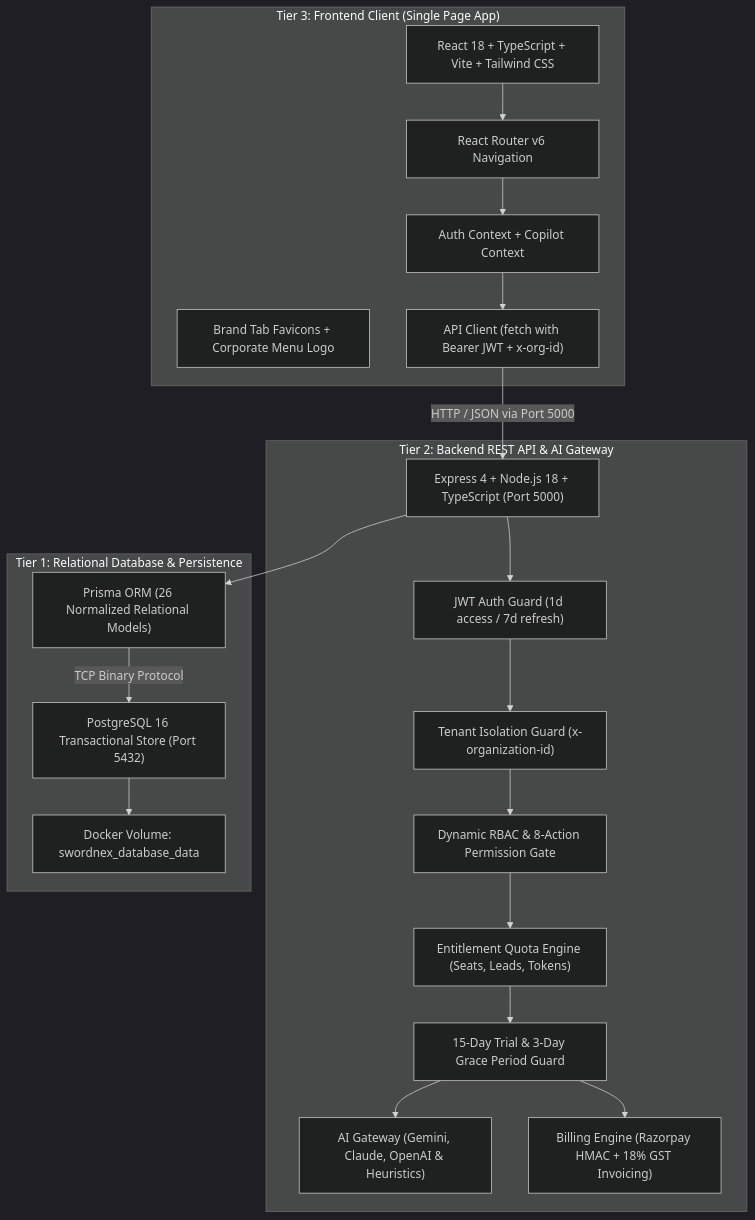
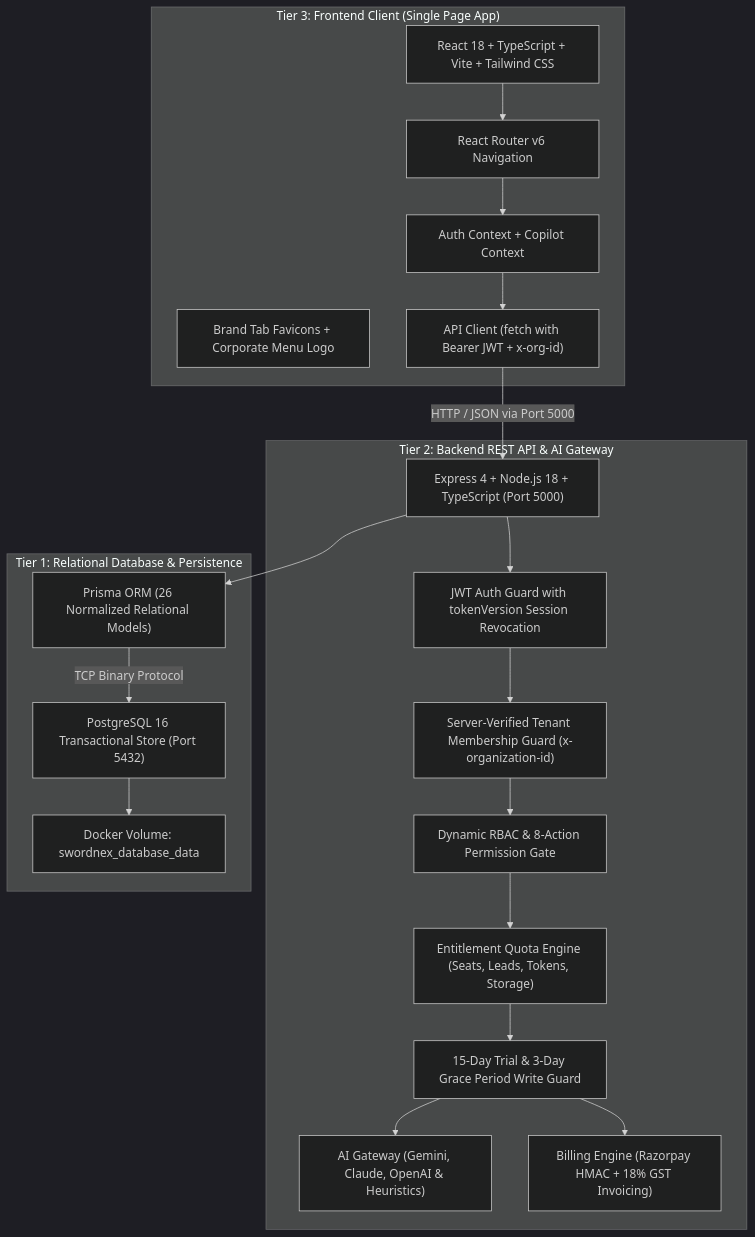
Before and after one commit to kajanajbudeen/SwordNex-CRM-: the first of 2 diagrams in docs/overall-system-documentation.md, drawn with Mermaid (dark theme). The commit also changed other lines of this file and 21 other files, not shown here.

````diff
--- a/docs/overall-system-documentation.md
+++ b/docs/overall-system-documentation.md
@@ -28,42 +31,42 @@
 ```mermaid
 graph TD
     subgraph Tier_3_Frontend ["Tier 3: Frontend Client (Single Page App)"]
         UI["React 18 + TypeScript + Vite + Tailwind CSS"]
         Router["React Router v6 Navigation"]
         State["Auth Context + Copilot Context"]
         Assets["Brand Tab Favicons + Corporate Menu Logo"]
         APIClient["API Client (fetch with Bearer JWT + x-org-id)"]
     end
 
     subgraph Tier_2_Backend ["Tier 2: Backend REST API & AI Gateway"]
         Server["Express 4 + Node.js 18 + TypeScript (Port 5000)"]
-        AuthMid["JWT Auth Guard (1d access / 7d refresh)"]
-        TenantMid["Tenant Isolation Guard (x-organization-id)"]
+        AuthMid["JWT Auth Guard with tokenVersion Session Revocation"]
+        TenantMid["Server-Verified Tenant Membership Guard (x-organization-id)"]
         RBACMid["Dynamic RBAC & 8-Action Permission Gate"]
-        EntitleMid["Entitlement Quota Engine (Seats, Leads, Tokens)"]
-        SubMid["15-Day Trial & 3-Day Grace Period Guard"]
+        EntitleMid["Entitlement Quota Engine (Seats, Leads, Tokens, Storage)"]
+        SubMid["15-Day Trial & 3-Day Grace Period Write Guard"]
         AIGateway["AI Gateway (Gemini, Claude, OpenAI & Heuristics)"]
         BillingEng["Billing Engine (Razorpay HMAC + 18% GST Invoicing)"]
     end
 
     subgraph Tier_1_Database ["Tier 1: Relational Database & Persistence"]
         PG["PostgreSQL 16 Transactional Store (Port 5432)"]
         Prisma["Prisma ORM (26 Normalized Relational Models)"]
         Vol["Docker Volume: swordnex_database_data"]
     end
 
     UI --> Router
     Router --> State
     State --> APIClient
     APIClient -->|HTTP / JSON via Port 5000| Server
     Server --> AuthMid
     AuthMid --> TenantMid
     TenantMid --> RBACMid
     RBACMid --> EntitleMid
     EntitleMid --> SubMid
     SubMid --> AIGateway
     SubMid --> BillingEng
     Server --> Prisma
     Prisma -->|TCP Binary Protocol| PG
     PG --> Vol
 ```
````
